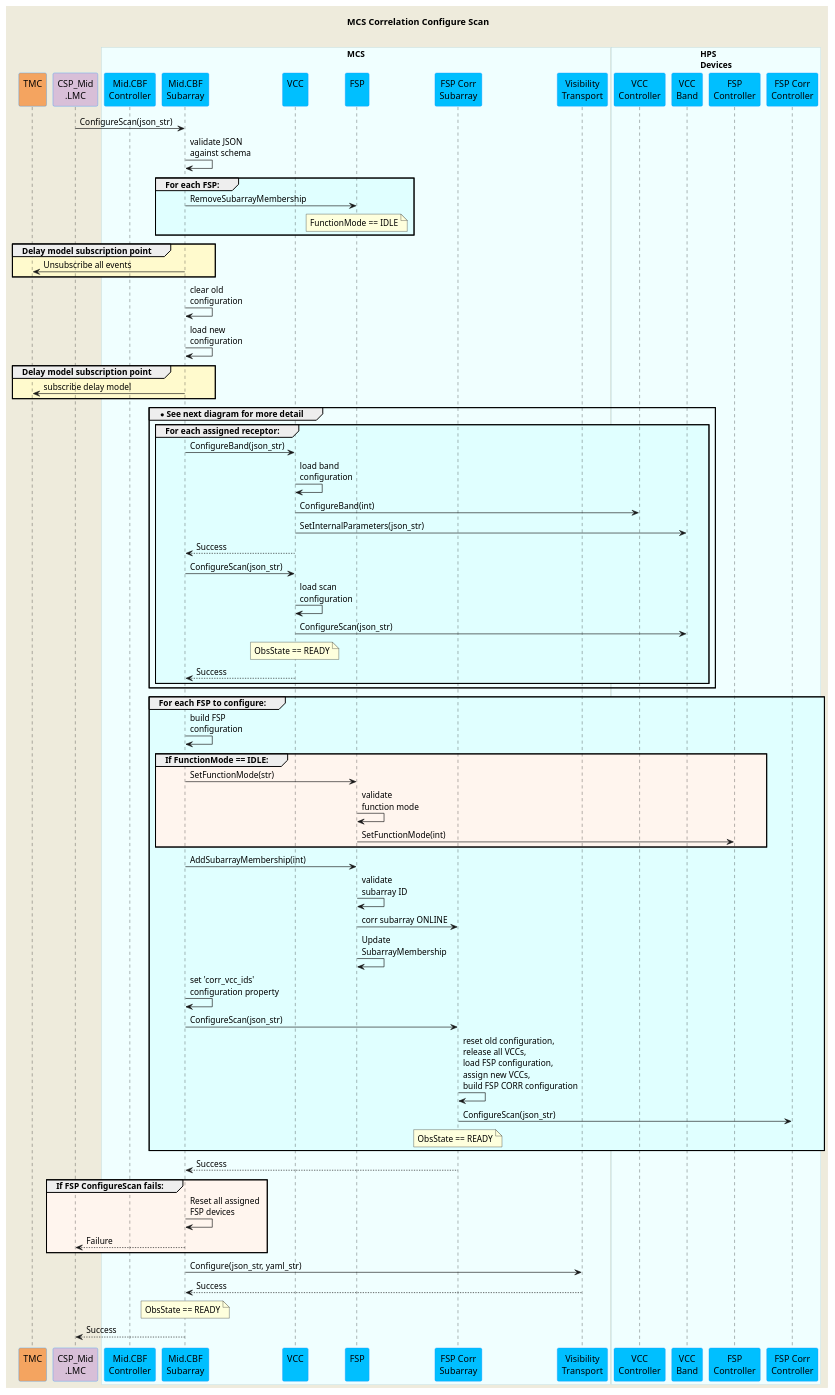
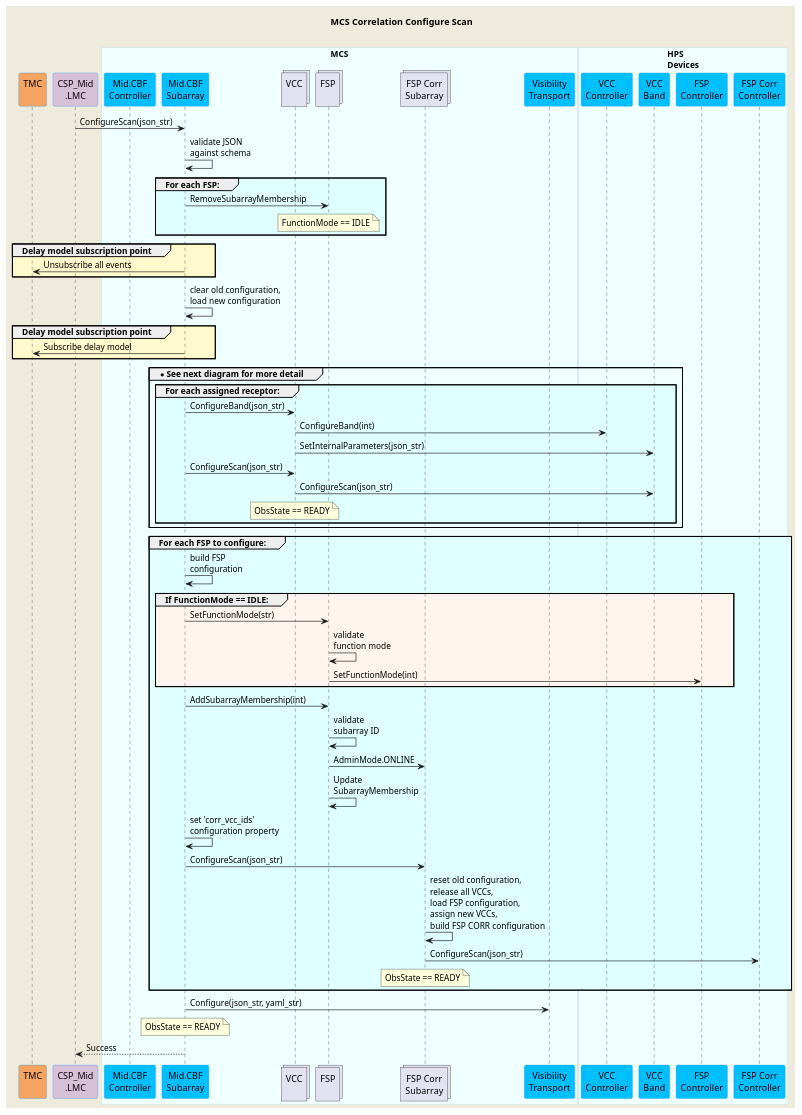
The diagram in docs/src/diagrams/configure-corr-scan-mcs.puml (ska-telescope/mid-cbf-mcs), drawn with PlantUML before and after one commit. The commit also changed 2 other files, not shown here.

```diff
--- a/docs/src/diagrams/configure-corr-scan-mcs.puml
+++ b/docs/src/diagrams/configure-corr-scan-mcs.puml
@@ -1,105 +1,92 @@
 @startuml
 'https://plantuml.com/sequence-diagram
 
 skinparam backgroundColor #EEEBDC
 skinparam sequence {
 ParticipantBorderColor DodgerBlue
 ParticipantBackgroundColor DeepSkyBlue
 ActorBorderColor DarkGreen
 ActorBackgroundColor Green
 BoxBorderColor LightBlue
 BoxBackgroundColor #F0FFFF
 }
 
 title MCS Correlation Configure Scan\n
 
 participant "TMC\n" as tmc #SandyBrown
 participant "CSP_Mid\n.LMC" as lmc #Thistle
 
 box "MCS"
 participant "Mid.CBF\nController" as controller
 participant "Mid.CBF\nSubarray" as subarray
-participant "VCC\n" as vcc
-participant "FSP\n" as fsp
-participant "FSP Corr\nSubarray" as fspcorr
+collections "VCC\n" as vcc
+collections "FSP\n" as fsp
+collections "FSP Corr\nSubarray" as fspcorr
 participant "Visibility\nTransport" as vis_trans
 end box
 
 box "HPS\nDevices" 
 participant "VCC\nController" as vcc_cont
 participant "VCC\nBand" as vcc_band
 participant "FSP\nController" as fsp_cont
 participant "FSP Corr\nController" as fspcorr_cont
 end box
 
 lmc         -> subarray     : ConfigureScan(json_str)
 subarray    -> subarray     : validate JSON\nagainst schema
 
 group #LightCyan For each FSP:
     subarray    -> fsp          : RemoveSubarrayMembership
     note over fsp               : FunctionMode == IDLE
 end group
 
 group #LemonChiffon Delay model subscription point
     subarray    -> tmc          : Unsubscribe all events
 end group
 
-subarray    -> subarray     : clear old\nconfiguration
-subarray    -> subarray     : load new\nconfiguration
+subarray    -> subarray     : clear old configuration,\nload new configuration
 
 group #LemonChiffon Delay model subscription point
-    subarray    -> tmc          : subscribe delay model
+    subarray    -> tmc          : Subscribe delay model
 end group
 
 group  *See next diagram for more detail
 
     group #LightCyan For each assigned receptor:
         subarray    -> vcc          : ConfigureBand(json_str)
-        vcc         -> vcc          : load band\nconfiguration
         vcc         -> vcc_cont     : ConfigureBand(int)
         vcc         -> vcc_band     : SetInternalParameters(json_str)
-        subarray   <-- vcc          : Success
         subarray    -> vcc          : ConfigureScan(json_str)
-        vcc         -> vcc          : load scan\nconfiguration
         vcc         -> vcc_band     : ConfigureScan(json_str)
         note over vcc               : ObsState == READY
-        subarray   <-- vcc          : Success
     end group
 
 end group
 
 group #LightCyan For each FSP to configure:
     subarray    -> subarray     : build FSP\nconfiguration
 
     group #SeaShell If FunctionMode == IDLE:
         subarray    -> fsp          : SetFunctionMode(str)
         fsp         -> fsp          : validate\nfunction mode
         fsp         -> fsp_cont     : SetFunctionMode(int)
     end group
 
     subarray    -> fsp          : AddSubarrayMembership(int)
     fsp         -> fsp          : validate\nsubarray ID
-    fsp         -> fspcorr      : corr subarray ONLINE
+    fsp         -> fspcorr      : AdminMode.ONLINE
     fsp         -> fsp          : Update\nSubarrayMembership
 
     subarray    -> subarray     : set 'corr_vcc_ids'\nconfiguration property
     subarray    -> fspcorr      : ConfigureScan(json_str)
     fspcorr     -> fspcorr      : reset old configuration,\nrelease all VCCs,\nload FSP configuration,\nassign new VCCs,\nbuild FSP CORR configuration
     fspcorr     -> fspcorr_cont : ConfigureScan(json_str)
     note over fspcorr           : ObsState == READY
 end group
 
-subarray   <-- fspcorr      : Success
-
-group #SeaShell If FSP ConfigureScan fails:
-    subarray    -> subarray     : Reset all assigned\nFSP devices
-    lmc         <-- subarray    : Failure
-end group
-
 subarray    -> vis_trans    : Configure(json_str, yaml_str)
-subarray   <-- vis_trans    : Success
 
 note over subarray          : ObsState == READY
 lmc        <-- subarray     : Success
 
 @enduml
```
